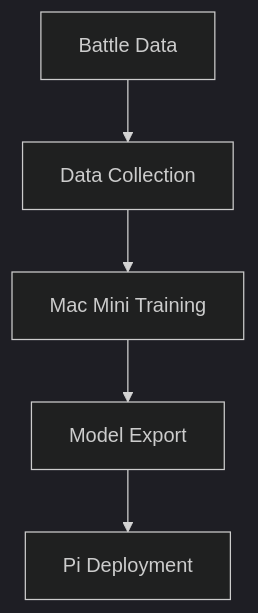
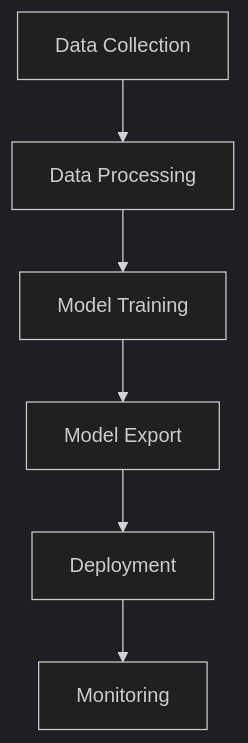
Before and after one commit to MaterDev/thepath-ai_pi: the diagram in docs/technical/ai-system/training-pipeline.md, drawn with Mermaid (dark theme). The commit also changed other lines of this file and 2 other files, not shown here.

````diff
--- a/docs/technical/ai-system/training-pipeline.md
+++ b/docs/technical/ai-system/training-pipeline.md
@@ -9,11 +114,8 @@
 ```mermaid
 graph TD
-    A[Battle Data] --> B[Data Collection]
-
-    B --> C[Mac Mini Training]
-
+    A[Data Collection] --> B[Data Processing]
+    B --> C[Model Training]
     C --> D[Model Export]
-
-    D --> E[Pi Deployment]
-
+    D --> E[Deployment]
+    E --> F[Monitoring]
 ```
````
